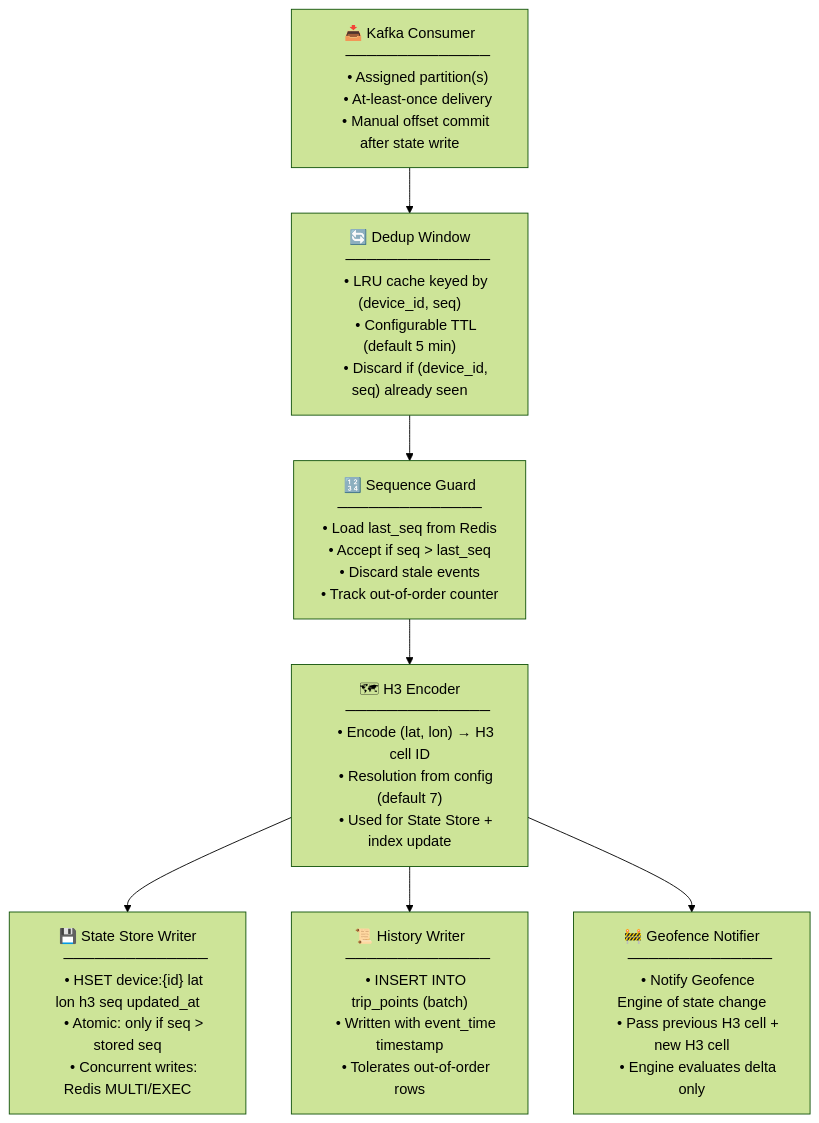
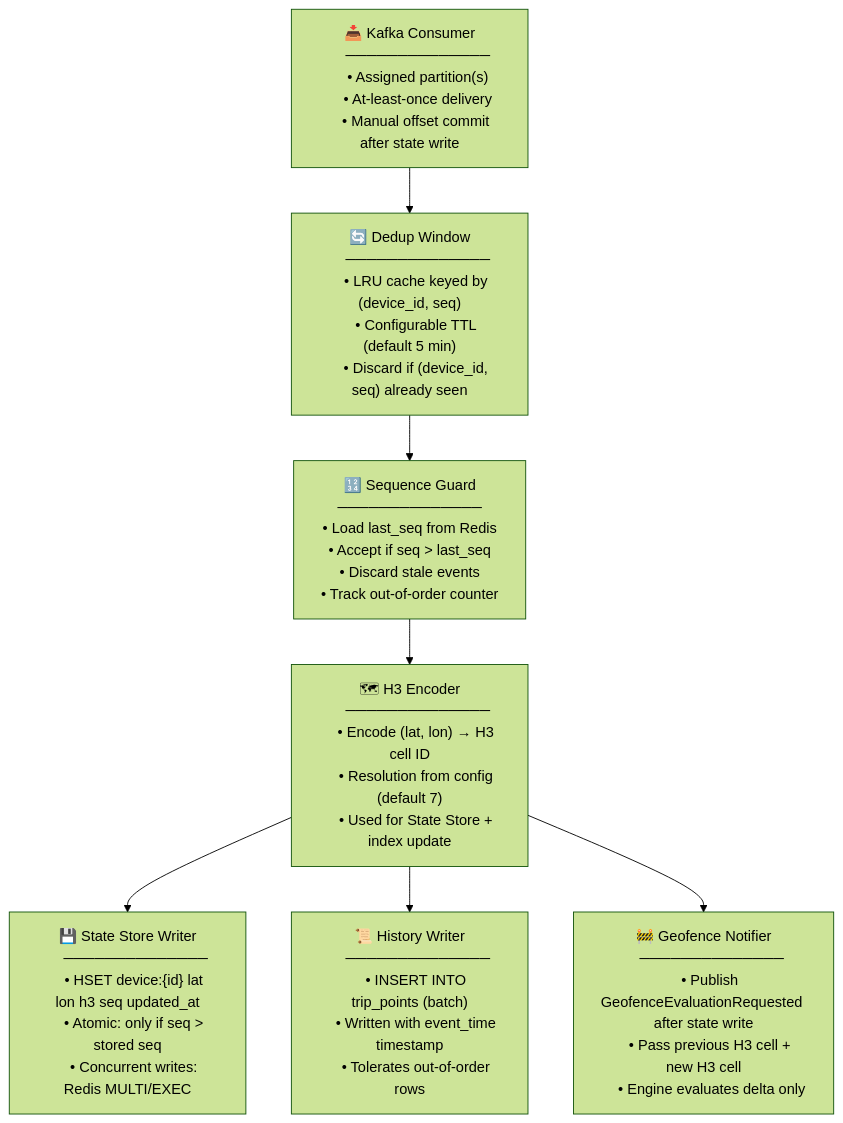
One commit to Khanh-21522203/SignalRoute changed the fourth of 15 diagrams in docs/architecture.md. Above: the diagram before and after it, drawn with Mermaid (forest theme). The commit also changed other lines of this file and 16 other files, not shown here.

Commit message:
feat(workers): add deterministic fallback worker flows docs: align plan with fallback runtime baseline

````diff
--- a/docs/architecture.md
+++ b/docs/architecture.md
@@ -186,50 +213,50 @@
 ```mermaid
 flowchart TB
     CON["📥 Kafka Consumer
     ──────────────
     • Assigned partition(s)
     • At-least-once delivery
     • Manual offset commit after state write"]
 
     DEDUP["🔄 Dedup Window
     ──────────────
     • LRU cache keyed by (device_id, seq)
     • Configurable TTL (default 5 min)
     • Discard if (device_id, seq) already seen"]
 
     SEQG["🔢 Sequence Guard
     ──────────────
     • Load last_seq from Redis
     • Accept if seq > last_seq
     • Discard stale events
     • Track out-of-order counter"]
 
     H3C["🗺 H3 Encoder
     ──────────────
     • Encode (lat, lon) → H3 cell ID
     • Resolution from config (default 7)
     • Used for State Store + index update"]
 
     SS["💾 State Store Writer
     ──────────────
     • HSET device:{id} lat lon h3 seq updated_at
     • Atomic: only if seq > stored seq
     • Concurrent writes: Redis MULTI/EXEC"]
 
     HS["📜 History Writer
     ──────────────
     • INSERT INTO trip_points (batch)
     • Written with event_time timestamp
     • Tolerates out-of-order rows"]
 
     GEF["🚧 Geofence Notifier
     ──────────────
-    • Notify Geofence Engine of state change
+    • Publish GeofenceEvaluationRequested after state write
     • Pass previous H3 cell + new H3 cell
     • Engine evaluates delta only"]
 
     CON --> DEDUP --> SEQG --> H3C
     H3C --> SS
     H3C --> HS
     H3C --> GEF
 ```
````
